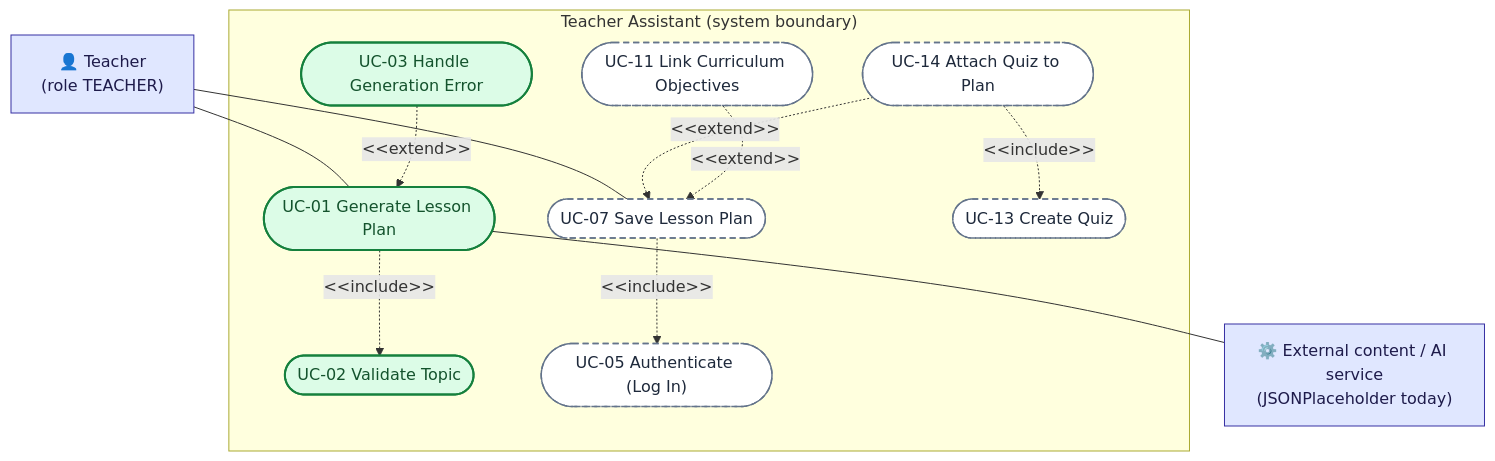
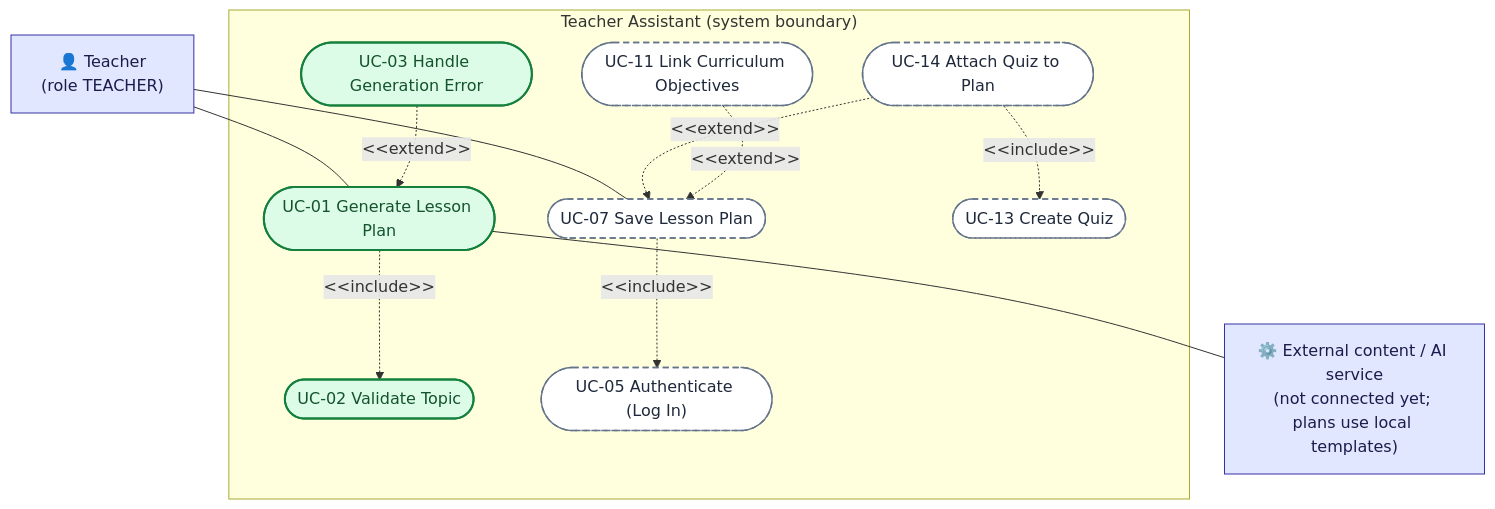
Before and after one commit to 251122002-tech/Teacher_Assistant: the first of 4 diagrams in docs/diagrams/behavioral/use-case.md, drawn with Mermaid. The commit also changed other lines of this file and 30 other files, not shown here.

````diff
--- a/docs/diagrams/behavioral/use-case.md
+++ b/docs/diagrams/behavioral/use-case.md
@@ -17,34 +17,34 @@
 ```mermaid
 flowchart TB
     Teacher["👤 Teacher<br/>(role TEACHER)"]
-    External["⚙️ External content / AI service<br/>(JSONPlaceholder today)"]
+    External["⚙️ External content / AI service<br/>(not connected yet; plans use local templates)"]
 
     subgraph SYS["Teacher Assistant (system boundary)"]
         UC01(["UC-01 Generate Lesson Plan"])
         UC02(["UC-02 Validate Topic"])
         UC03(["UC-03 Handle Generation Error"])
         UC07(["UC-07 Save Lesson Plan"])
         UC05(["UC-05 Authenticate (Log In)"])
         UC11(["UC-11 Link Curriculum Objectives"])
         UC14(["UC-14 Attach Quiz to Plan"])
         UC13(["UC-13 Create Quiz"])
     end
 
     Teacher --- UC01
     Teacher --- UC07
     UC01 --- External
 
     UC01 -.->|"#lt;#lt;include#gt;#gt;"| UC02
     UC07 -.->|"#lt;#lt;include#gt;#gt;"| UC05
     UC14 -.->|"#lt;#lt;include#gt;#gt;"| UC13
     UC03 -.->|"#lt;#lt;extend#gt;#gt;"| UC01
     UC14 -.->|"#lt;#lt;extend#gt;#gt;"| UC07
     UC11 -.->|"#lt;#lt;extend#gt;#gt;"| UC07
 
     classDef implemented fill:#dcfce7,stroke:#15803d,stroke-width:2px,color:#14532d
     classDef planned fill:#ffffff,stroke:#64748b,stroke-width:1.5px,stroke-dasharray:6 4,color:#1e293b
     classDef actor fill:#e0e7ff,stroke:#3730a3,color:#1e1b4b
     class UC01,UC02,UC03 implemented
     class UC05,UC07,UC11,UC13,UC14 planned
     class Teacher,External actor
 ```
````
